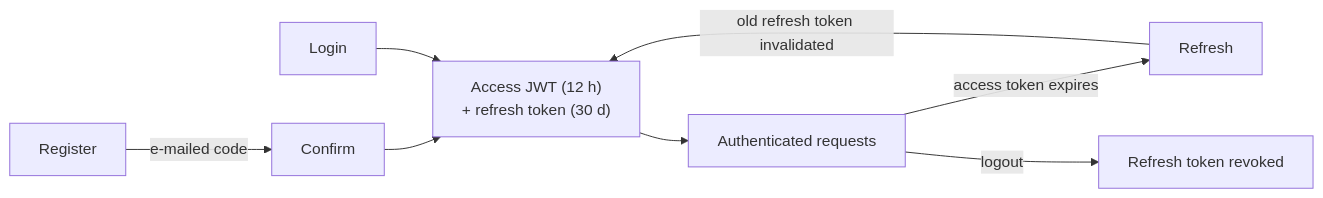
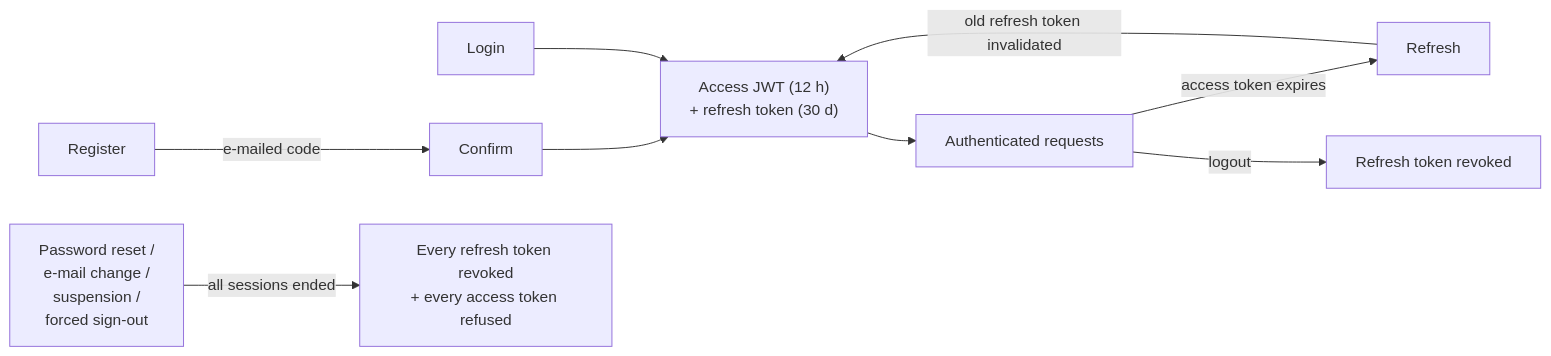
One commit to linoalessio/cloud-driver changed the second of 3 diagrams in docs/security.md. Above: the diagram before and after it, drawn with Mermaid. The commit also changed other lines of this file and 59 other files, not shown here.

````diff
--- a/docs/security.md
+++ b/docs/security.md
@@ -40,10 +41,11 @@
 ```mermaid
 flowchart LR
     REG["Register"] -->|"e-mailed code"| CONF["Confirm"]
     CONF --> PAIR["Access JWT (12 h)<br/>+ refresh token (30 d)"]
     LOGIN["Login"] --> PAIR
     PAIR --> USE["Authenticated requests"]
     USE -->|"access token expires"| REF["Refresh"]
     REF -->|"old refresh token invalidated"| PAIR
     USE -->|"logout"| REVOKE["Refresh token revoked"]
+    CHANGE["Password reset /<br/>e-mail change /<br/>suspension /<br/>forced sign-out"] -->|"all sessions ended"| OUT["Every refresh token revoked<br/>+ every access token refused"]
 ```
````
